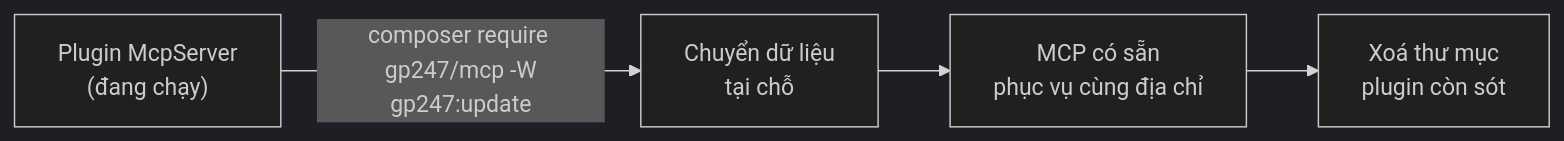
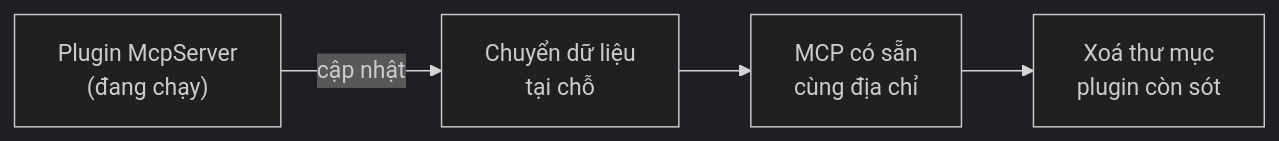
Before and after one commit to gp247net/gp247-docs: the second of 2 diagrams in mcp/mcp-administration_vi.md, drawn with Mermaid (dark theme). The commit also changed other lines of this file and 44 other files, not shown here.

First line of the commit message:
docs: redraw oversized diagrams in security, API and MCP docs (vi/en/ja)

````diff
--- a/mcp/mcp-administration_vi.md
+++ b/mcp/mcp-administration_vi.md
@@ -109,6 +109,6 @@
 ```mermaid
 flowchart LR
-    P["Plugin McpServer<br/>(đang chạy)"] -->|"composer require gp247/mcp -W<br/>gp247:update"| M["Chuyển dữ liệu<br/>tại chỗ"]
-    M --> N["MCP có sẵn<br/>phục vụ cùng địa chỉ"]
+    P["Plugin McpServer<br/>(đang chạy)"] -->|"cập nhật"| M["Chuyển dữ liệu<br/>tại chỗ"]
+    M --> N["MCP có sẵn<br/>cùng địa chỉ"]
     N --> D["Xoá thư mục<br/>plugin còn sót"]
 ```
````
